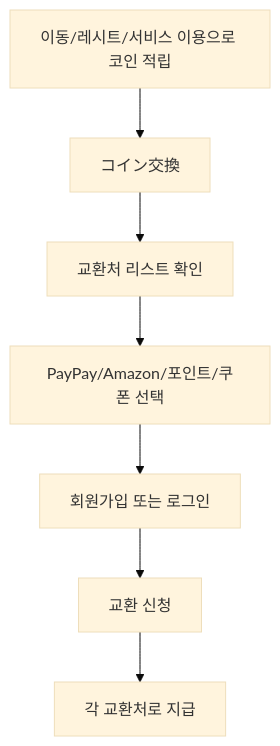
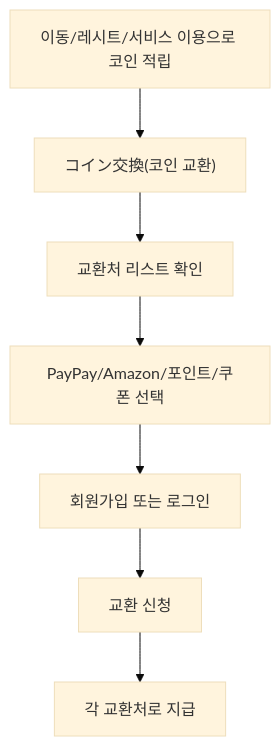
The third of 11 diagrams in reports/japan-apptech-reward-bank-benchmark-report.md (dongwonlee222/golden-goose-report), drawn with Mermaid (base theme) before and after one commit. The commit also changed other lines of this file and 1 other file, not shown here.

````diff
--- a/reports/japan-apptech-reward-bank-benchmark-report.md
+++ b/reports/japan-apptech-reward-bank-benchmark-report.md
@@ -124,9 +124,9 @@
 ```mermaid
 flowchart TD
-  A["이동/레시트/서비스 이용으로 코인 적립"] --> B["コイン交換"]
+  A["이동/레시트/서비스 이용으로 코인 적립"] --> B["コイン交換(코인 교환)"]
   B --> C["교환처 리스트 확인"]
   C --> D["PayPay/Amazon/포인트/쿠폰 선택"]
   D --> E["회원가입 또는 로그인"]
   E --> F["교환 신청"]
   F --> G["각 교환처로 지급"]
 ```
````
